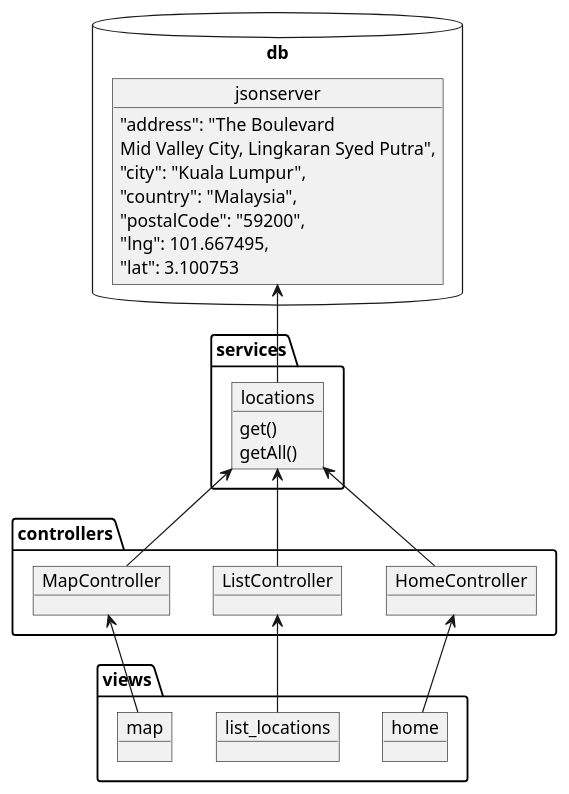
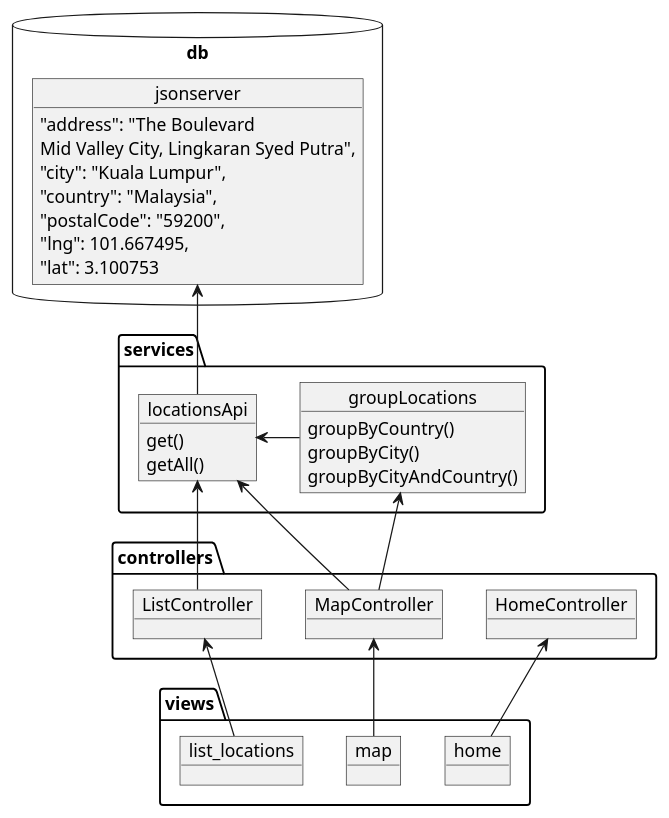
The diagram in app.puml (aaronmyatt/baeapp), drawn with PlantUML before and after one commit. The commit also changed 9 other files, not shown here.

Commit message:
locations service api interface service

```diff
--- a/app.puml
+++ b/app.puml
@@ -1,55 +1,64 @@
 package db <<database>> {
     object jsonserver {
       "address": "The Boulevard\nMid Valley City, Lingkaran Syed Putra",
       "city": "Kuala Lumpur",
       "country": "Malaysia",
       "postalCode": "59200",
       "lng": 101.667495,
       "lat": 3.100753
     }
 }
 
 package views {
     object home {
 
     }
 
     object list_locations {
 
     }
 
     object map {
 
     }
 }
 
 package controllers {
     object HomeController {
 
     }
 
     object ListController {
 
     }
 
     object MapController {
 
     }
 }
 
 package services {
-    object locations {
+    object locationsApi {
         get()
         getAll()
     }
+
+    object groupLocations {
+        groupByCountry()
+        groupByCity()
+        groupByCityAndCountry()
+    }
 }
 
-jsonserver <-- locations
+jsonserver <-- locationsApi
 
-locations <-- HomeController
-locations <-- ListController
-locations <-- MapController
+locationsApi <-right- groupLocations
+
+
+locationsApi <-- ListController
+locationsApi <-- MapController
+groupLocations <-- MapController
 
 HomeController <-- home
 ListController <-- list_locations
 MapController <-- map
```
